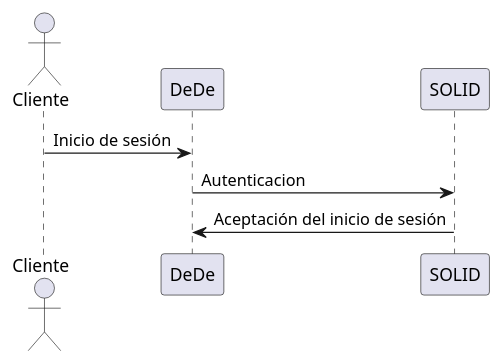
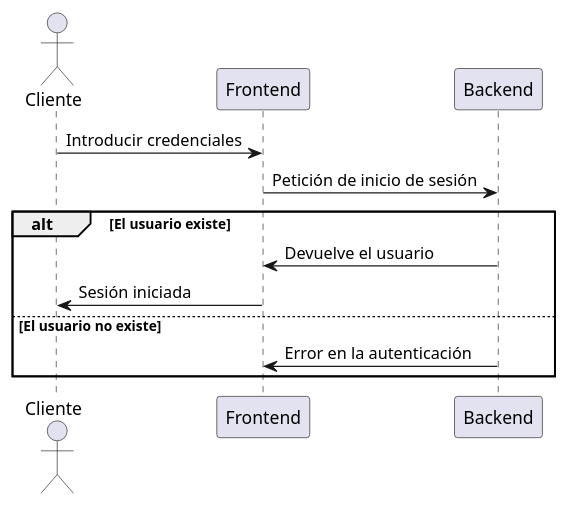
Before and after one commit to Arquisoft/Arquisoft-dede_es_02b: the third of 5 diagrams in docs/06_runtime_view.adoc, drawn with PlantUML.

Commit message:
actualizado el diagrama de inicio de sesion del punto 6

```diff
--- a/docs/06_runtime_view.adoc
+++ b/docs/06_runtime_view.adoc
@@ -64,9 +64,14 @@
 [plantuml,"Diagrama Inicio de sesión",png]
 ----
 actor Cliente
-participant DeDe
-participant SOLID
-Cliente -> DeDe: Inicio de sesión
-DeDe -> SOLID: Autenticacion
-SOLID -> DeDe: Aceptación del inicio de sesión
+participant Frontend
+participant Backend
+Cliente -> Frontend: Introducir credenciales
+Frontend -> Backend: Petición de inicio de sesión
+alt El usuario existe
+    Backend -> Frontend: Devuelve el usuario
+    Frontend -> Cliente: Sesión iniciada
+else El usuario no existe
+    Backend -> Frontend: Error en la autenticación
+end
 ----
```
